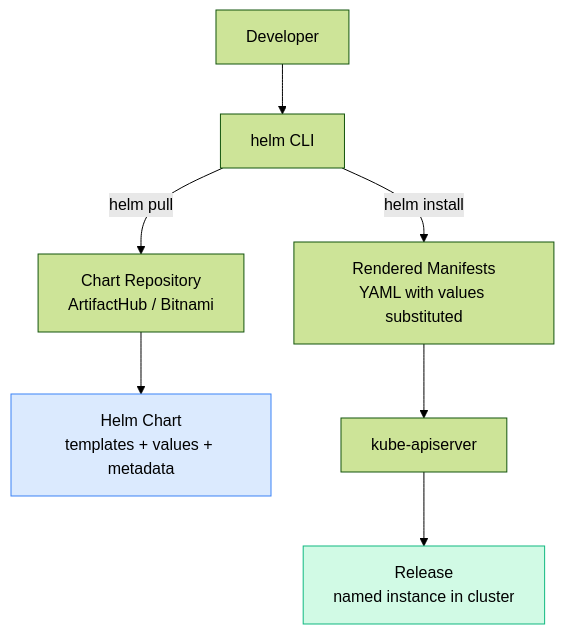
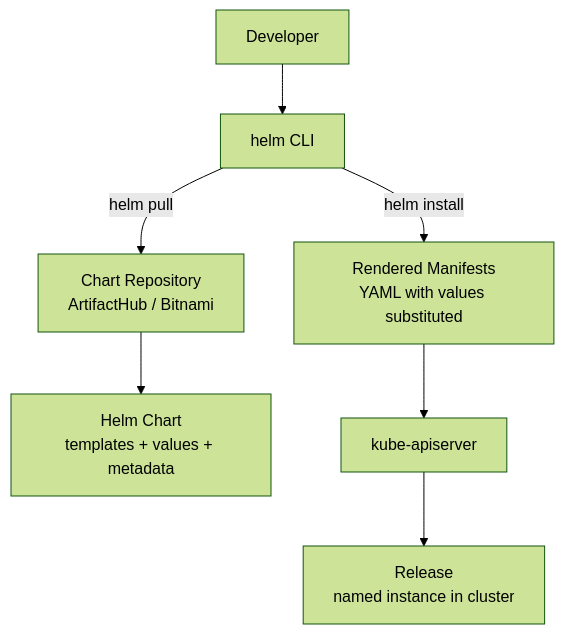
The first of 4 diagrams in content/cka/13-helm-kubernetes-package-manager/overview/overview.md (Gautam4424/k8slearn-content), drawn with Mermaid (forest theme) before and after one commit. The commit also changed other lines of this file and 40 other files, not shown here.

Commit message:
chore: fix mermaid style regex

````diff
--- a/content/cka/13-helm-kubernetes-package-manager/overview/overview.md
+++ b/content/cka/13-helm-kubernetes-package-manager/overview/overview.md
@@ -21,17 +21,14 @@
 ```mermaid
 flowchart TD
     DEV["Developer"]
     REPO["Chart Repository\nArtifactHub / Bitnami"]
     CHART["Helm Chart\ntemplates + values + metadata"]
     HELM["helm CLI"]
     RENDER["Rendered Manifests\nYAML with values substituted"]
     API["kube-apiserver"]
     REL["Release\nnamed instance in cluster"]
 
     DEV --> HELM
     HELM -->|helm pull| REPO --> CHART
     HELM -->|helm install| RENDER --> API --> REL
-
-    style CHART fill:#dbeafe,stroke:#3b82f6
-    style REL fill:#d1fae5,stroke:#10b981
 ```
````
